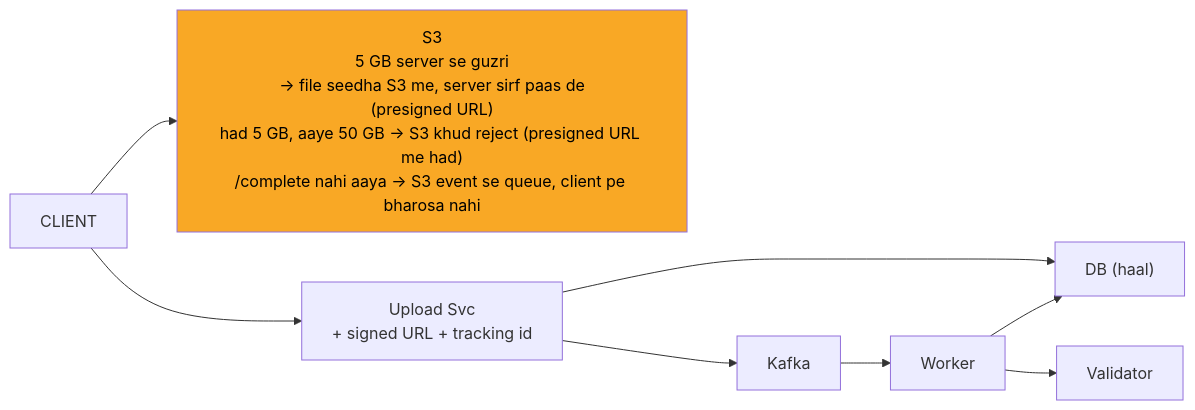
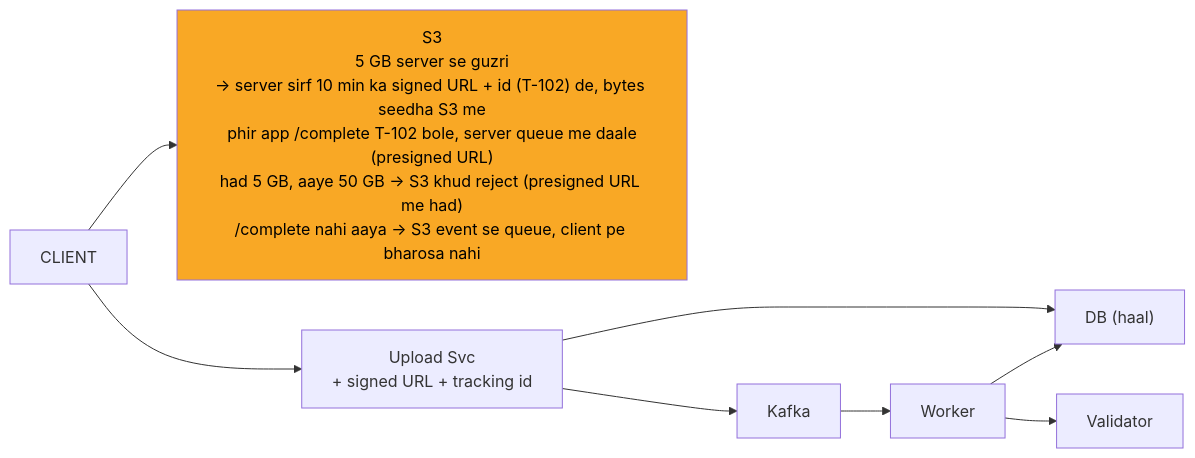
One commit to ArpanMaheshwari144/Prep changed the third of 11 diagrams in 04_HLD/SYSTEM_DESIGNS/07_file_upload_validate_system/07_file_upload_INTERVIEW.md. Above: the diagram before and after it, drawn with Mermaid. The commit also changed other lines of this file and 13 other files, not shown here.

````diff
--- a/04_HLD/SYSTEM_DESIGNS/07_file_upload_validate_system/07_file_upload_INTERVIEW.md
+++ b/04_HLD/SYSTEM_DESIGNS/07_file_upload_validate_system/07_file_upload_INTERVIEW.md
@@ -127,19 +131,19 @@
 ```mermaid
 %%{init: {"flowchart": {"wrappingWidth": 450}}}%%
 flowchart LR
     n_CLIENT["CLIENT"]
-    n_S3["S3<br/>5 GB server se guzri<br/>-> file seedha S3 me, server sirf paas de<br/>(presigned URL)<br/>had 5 GB, aaye 50 GB -> S3 khud reject (presigned URL me had)<br/>/complete nahi aaya -> S3 event se queue, client pe bharosa nahi"]
+    n_S3["S3<br/>5 GB server se guzri<br/>-> server sirf 10 min ka signed URL + id (T-102) de, bytes seedha S3 me<br/>phir app /complete T-102 bole, server queue me daale<br/>(presigned URL)<br/>had 5 GB, aaye 50 GB -> S3 khud reject (presigned URL me had)<br/>/complete nahi aaya -> S3 event se queue, client pe bharosa nahi"]
     n_Upload_Svc["Upload Svc<br/>+ signed URL + tracking id"]
     n_DB["DB (haal)"]
     n_Kafka["Kafka"]
     n_Worker["Worker"]
     n_Validator["Validator"]
     n_CLIENT --> n_S3
     n_CLIENT --> n_Upload_Svc
     n_Upload_Svc --> n_DB
     n_Upload_Svc --> n_Kafka
     n_Kafka --> n_Worker
     n_Worker --> n_Validator
     n_Worker --> n_DB
     style n_S3 fill:#f9a825,color:#000
 ```
````
